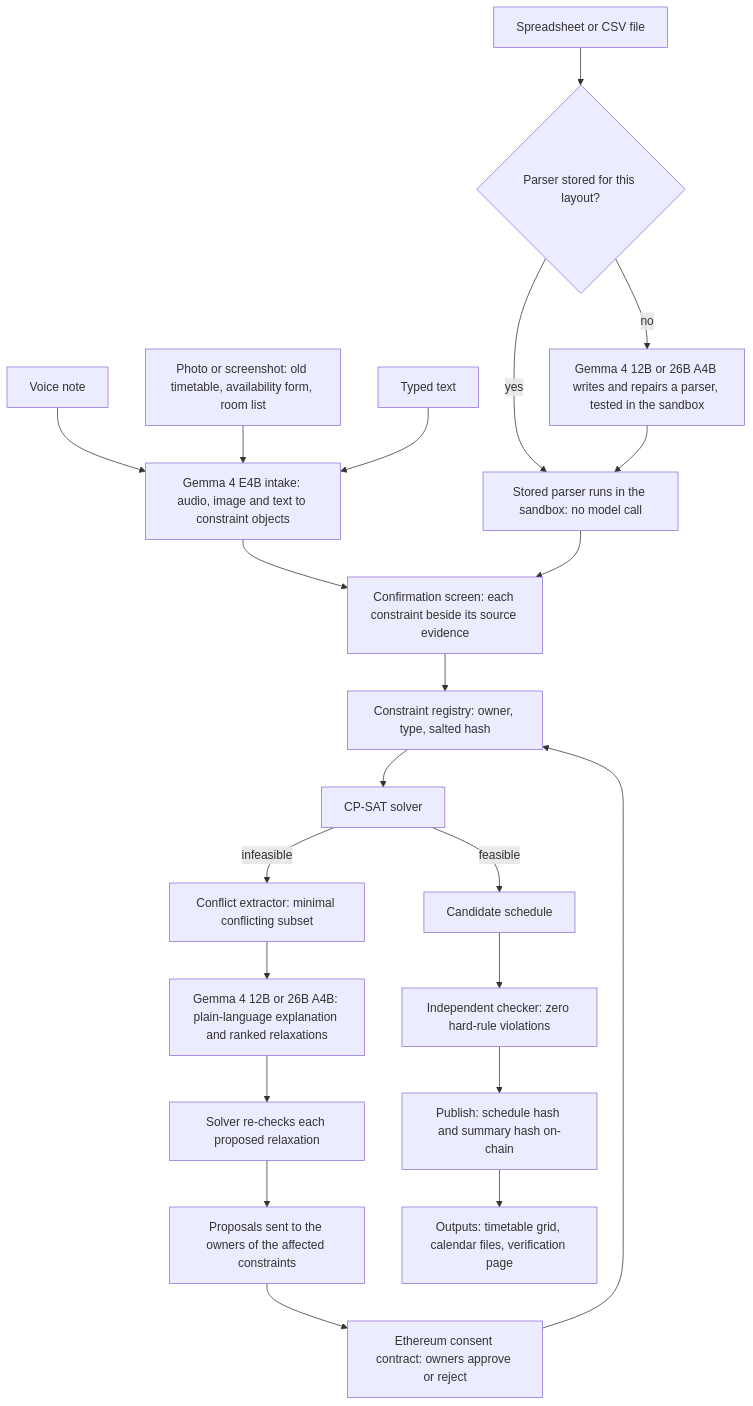
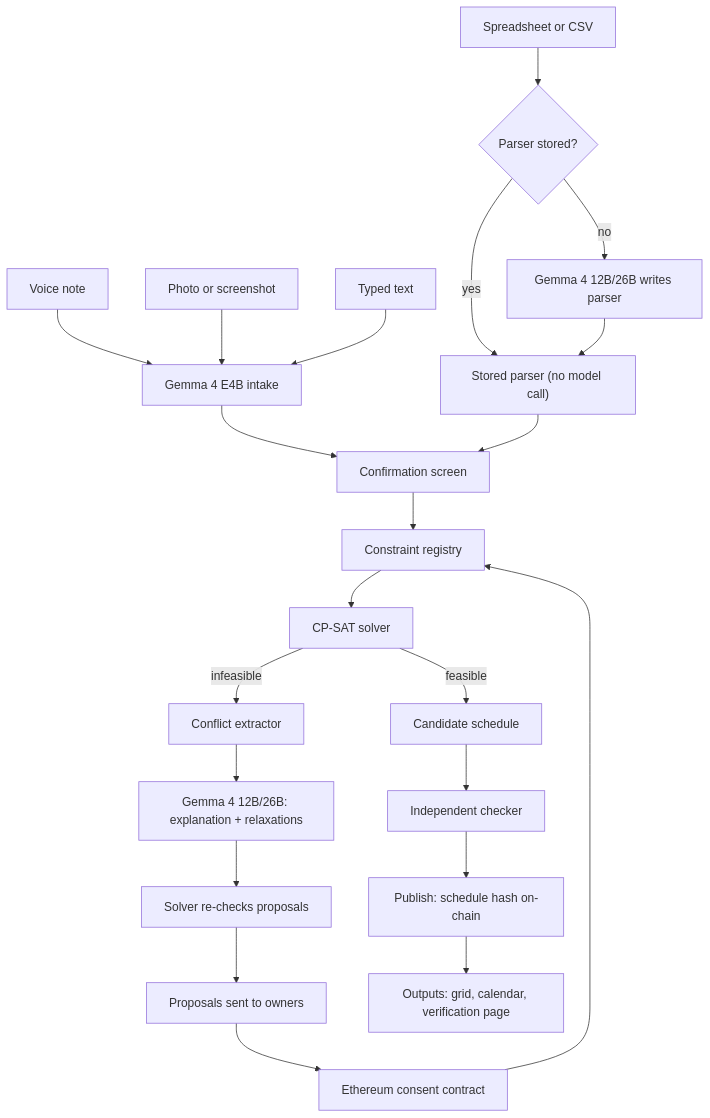
Before and after one commit to ANUJ760/PhishTank: the first of 3 diagrams in README.md, drawn with Mermaid. The commit also changed other lines of this file, not shown here.

First line of the commit message:
docs: trim redundant text from README (~43% smaller)

````diff
--- a/README.md
+++ b/README.md
@@ -151,25 +148,25 @@
 ```mermaid
 flowchart TD
     A["Voice note"] --> D
-    B["Photo or screenshot: old timetable, availability form, room list"] --> D
+    B["Photo or screenshot"] --> D
     C["Typed text"] --> D
-    D["Gemma 4 E4B intake: audio, image and text to constraint objects"]
-    D --> E["Confirmation screen: each constraint beside its source evidence"]
-    S["Spreadsheet or CSV file"] --> Q{"Parser stored for this layout?"}
-    Q -->|"yes"| R["Stored parser runs in the sandbox: no model call"]
-    Q -->|"no"| W["Gemma 4 12B or 26B A4B writes and repairs a parser, tested in the sandbox"]
+    D["Gemma 4 E4B intake"]
+    D --> E["Confirmation screen"]
+    S["Spreadsheet or CSV"] --> Q{"Parser stored?"}
+    Q -->|"yes"| R["Stored parser (no model call)"]
+    Q -->|"no"| W["Gemma 4 12B/26B writes parser"]
     W --> R
     R --> E
-    E --> F["Constraint registry: owner, type, salted hash"]
+    E --> F["Constraint registry"]
     F --> G["CP-SAT solver"]
     G -->|"feasible"| K["Candidate schedule"]
-    G -->|"infeasible"| H["Conflict extractor: minimal conflicting subset"]
-    H --> I["Gemma 4 12B or 26B A4B: plain-language explanation and ranked relaxations"]
-    I --> J["Solver re-checks each proposed relaxation"]
-    J --> L["Proposals sent to the owners of the affected constraints"]
-    L --> M["Ethereum consent contract: owners approve or reject"]
+    G -->|"infeasible"| H["Conflict extractor"]
+    H --> I["Gemma 4 12B/26B: explanation + relaxations"]
+    I --> J["Solver re-checks proposals"]
+    J --> L["Proposals sent to owners"]
+    L --> M["Ethereum consent contract"]
     M --> F
-    K --> N["Independent checker: zero hard-rule violations"]
-    N --> O["Publish: schedule hash and summary hash on-chain"]
-    O --> P["Outputs: timetable grid, calendar files, verification page"]
+    K --> N["Independent checker"]
+    N --> O["Publish: schedule hash on-chain"]
+    O --> P["Outputs: grid, calendar, verification page"]
 ```
````
